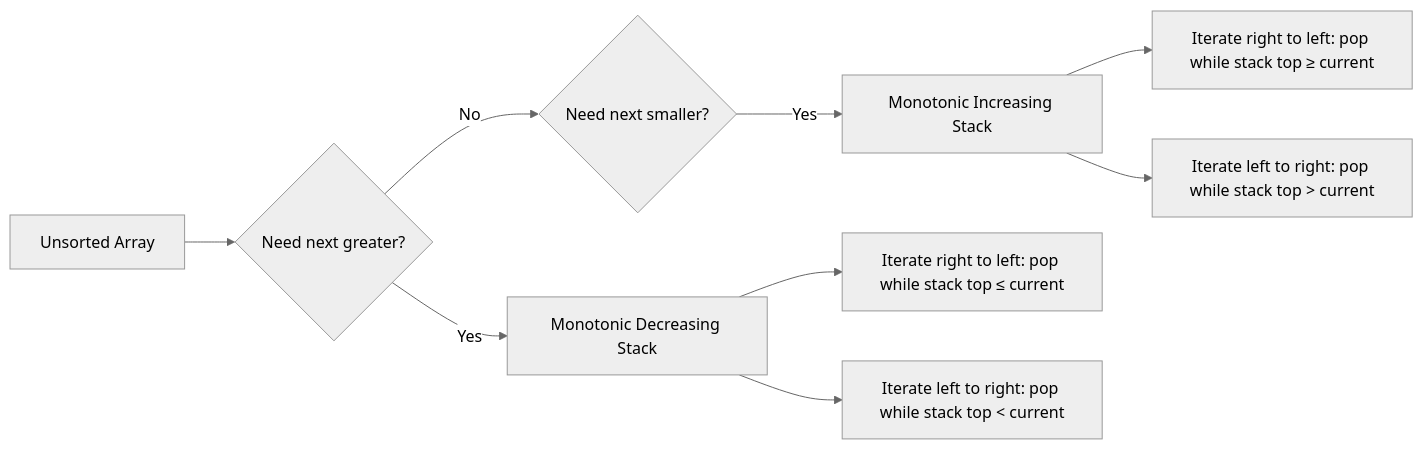
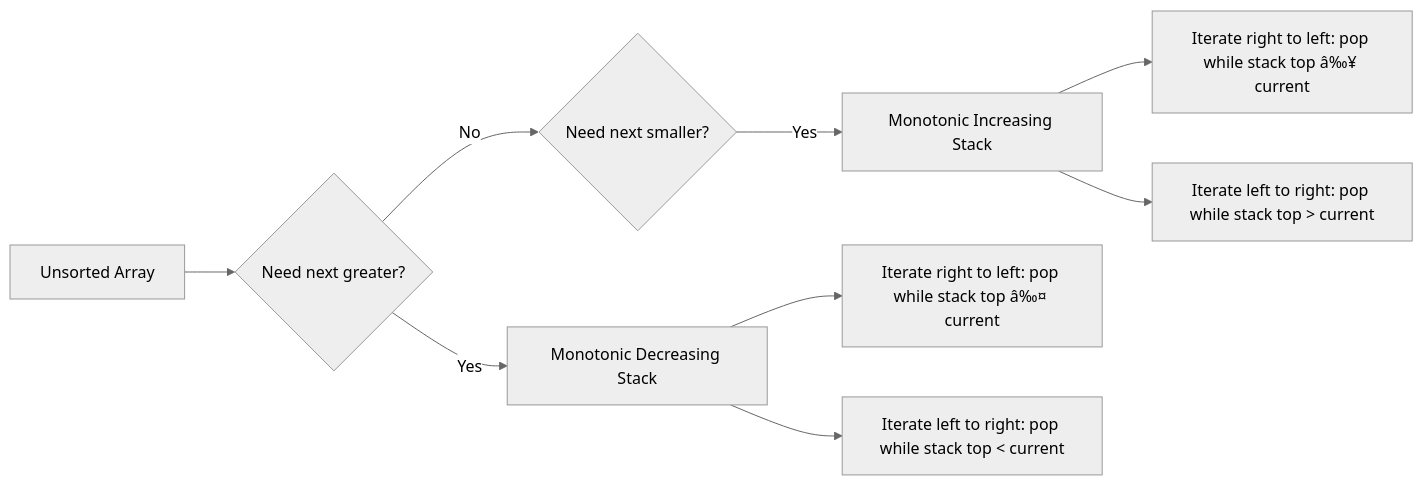
One commit to Raushan666java/ai-engineering-journey changed the second of 2 diagrams in docs/courses/coding-problems/04-stacks-queues.md. Above: the diagram before and after it, drawn with Mermaid (neutral theme). The commit also changed other lines of this file and 735 other files, not shown here.

````diff
--- a/docs/courses/coding-problems/04-stacks-queues.md
+++ b/docs/courses/coding-problems/04-stacks-queues.md
@@ -54,13 +54,13 @@
 ```mermaid
 flowchart LR
     A[Unsorted Array] --> B{Need next greater?}
     B -->|Yes| C[Monotonic Decreasing Stack]
     B -->|No| D{Need next smaller?}
     D -->|Yes| E[Monotonic Increasing Stack]
     
-    C --> F[Iterate right to left: pop while stack top ≤ current]
+    C --> F[Iterate right to left: pop while stack top â‰¤ current]
     C --> G[Iterate left to right: pop while stack top < current]
     
-    E --> H[Iterate right to left: pop while stack top ≥ current]
+    E --> H[Iterate right to left: pop while stack top â‰¥ current]
     E --> I[Iterate left to right: pop while stack top > current]
 ```
````
